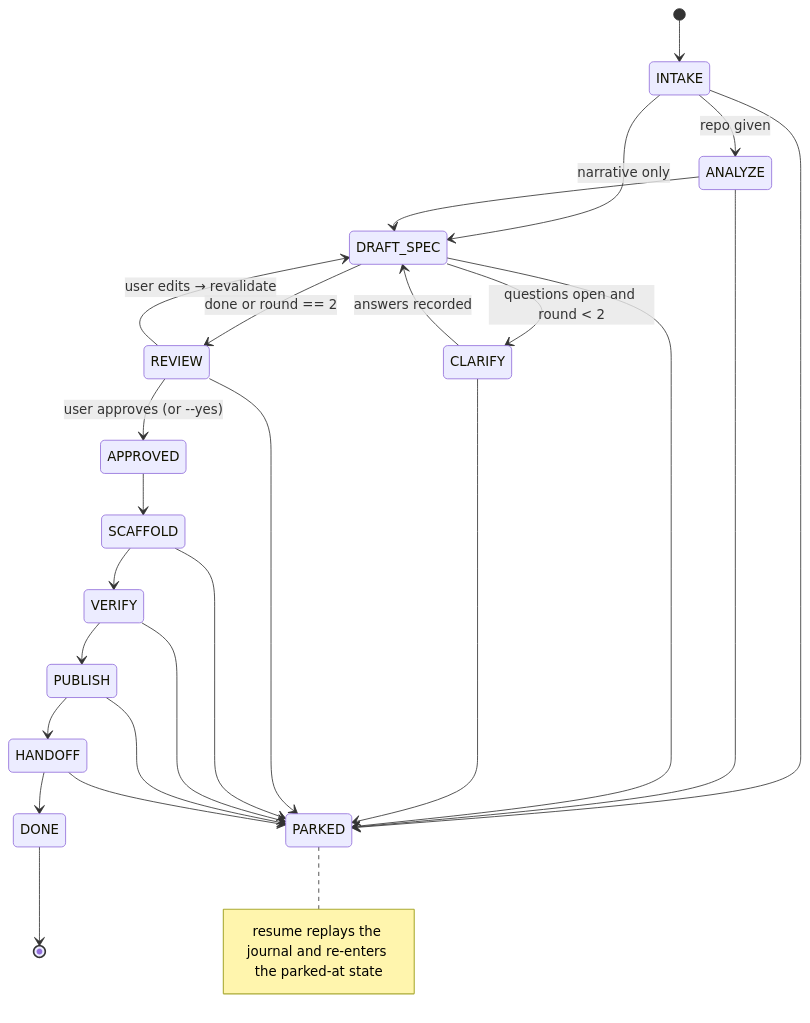
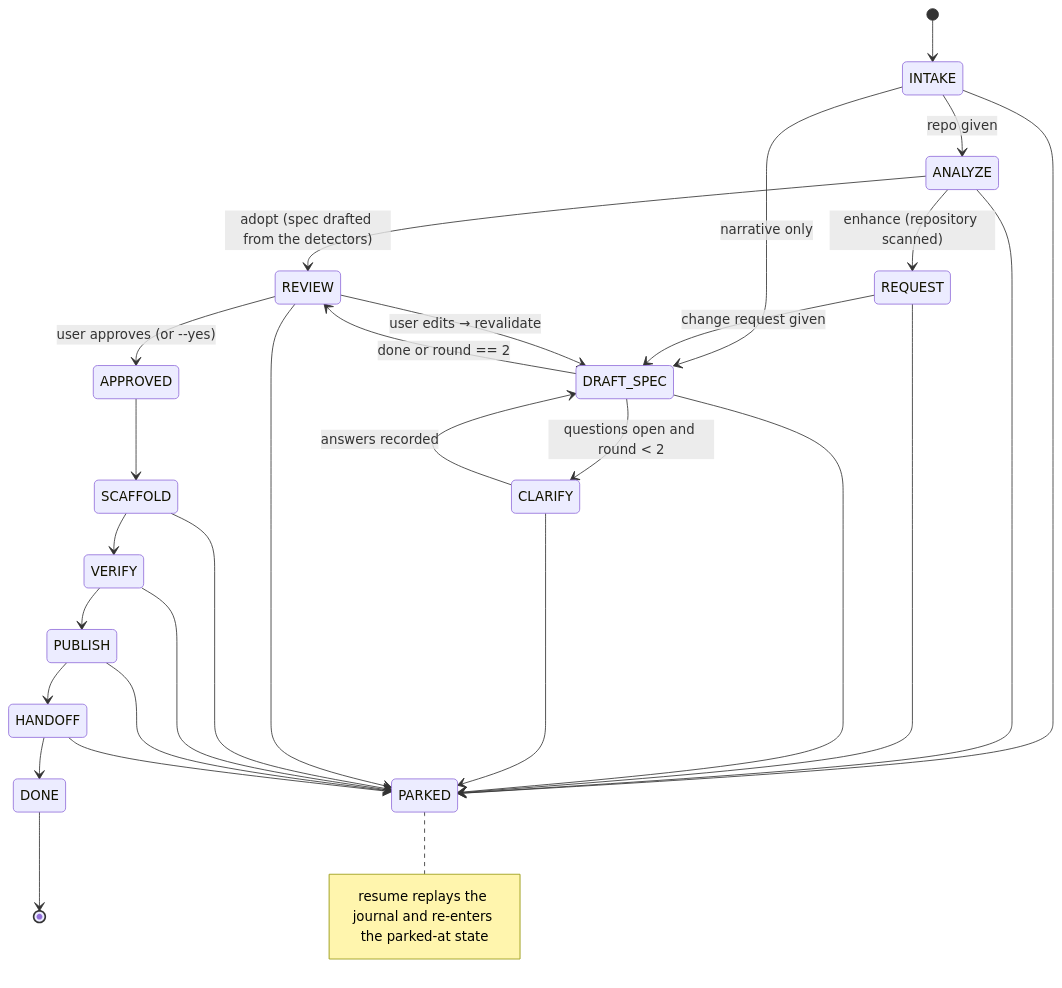
Before and after one commit to jimmyfriday-fap/the-incubator: the third of 8 diagrams in docs/TDD.md, drawn with Mermaid. The commit also changed other lines of this file and 2 other files, not shown here.

````diff
--- a/docs/TDD.md
+++ b/docs/TDD.md
@@ -618,28 +618,31 @@
 ```mermaid
 stateDiagram-v2
   [*] --> INTAKE
   INTAKE --> ANALYZE: repo given
   INTAKE --> DRAFT_SPEC: narrative only
-  ANALYZE --> DRAFT_SPEC
+  ANALYZE --> REVIEW: adopt (spec drafted from the detectors)
+  ANALYZE --> REQUEST: enhance (repository scanned)
+  REQUEST --> DRAFT_SPEC: change request given
   DRAFT_SPEC --> CLARIFY: questions open and round < 2
   DRAFT_SPEC --> REVIEW: done or round == 2
   CLARIFY --> DRAFT_SPEC: answers recorded
   REVIEW --> APPROVED: user approves (or --yes)
   REVIEW --> DRAFT_SPEC: user edits → revalidate
   APPROVED --> SCAFFOLD
   SCAFFOLD --> VERIFY
   VERIFY --> PUBLISH
   PUBLISH --> HANDOFF
   HANDOFF --> DONE
   DONE --> [*]
   INTAKE --> PARKED
   ANALYZE --> PARKED
+  REQUEST --> PARKED
   DRAFT_SPEC --> PARKED
   CLARIFY --> PARKED
   REVIEW --> PARKED
   SCAFFOLD --> PARKED
   VERIFY --> PARKED
   PUBLISH --> PARKED
   HANDOFF --> PARKED
   note right of PARKED: resume replays the journal and re-enters the parked-at state
 ```
````
